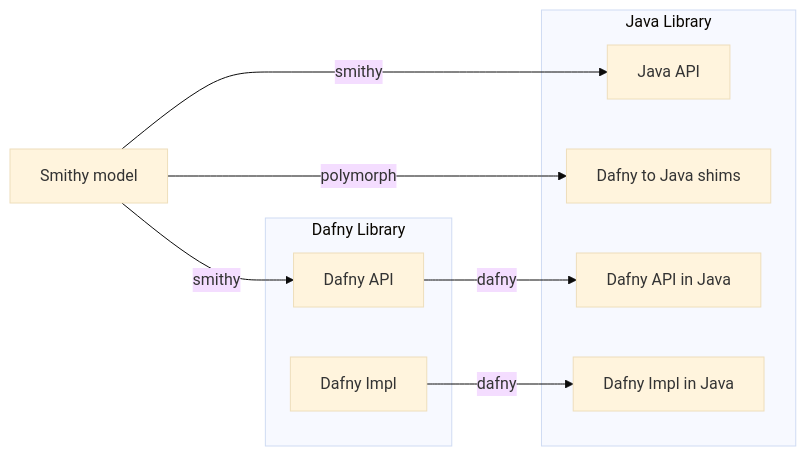
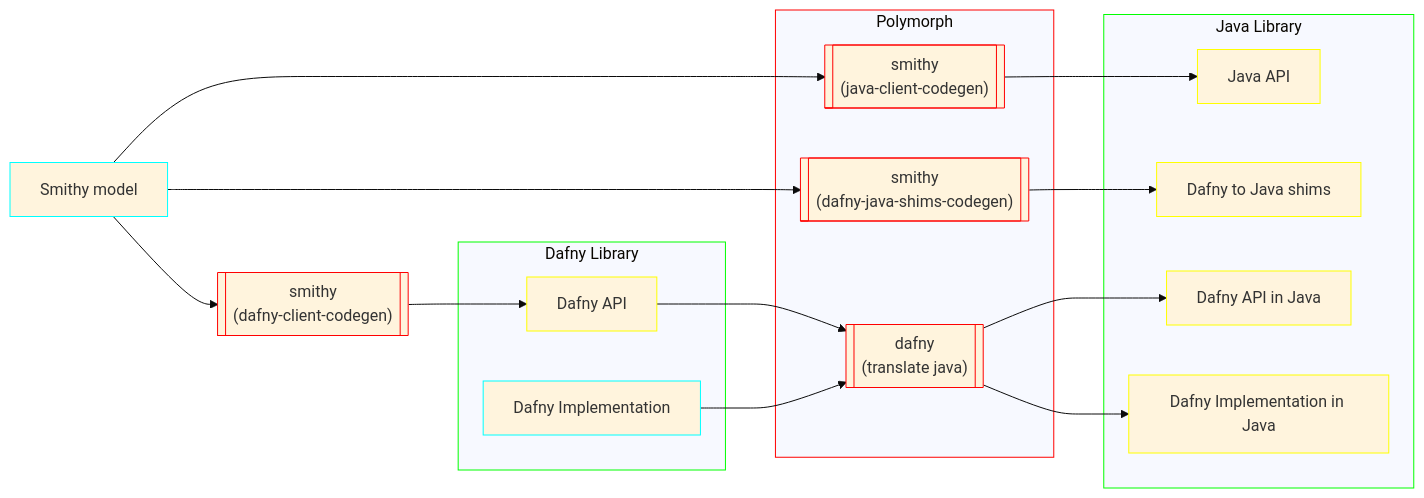
One commit to awslabs/smithy-dafny changed the diagram in designs/polymorphing-dafny-to-java.md. Above: the diagram before and after it, drawn with Mermaid (base theme). The commit also changed 1 other file, not shown here.

Commit message:
Complete initial diagrams

````diff
--- a/designs/polymorphing-dafny-to-java.md
+++ b/designs/polymorphing-dafny-to-java.md
@@ -1,23 +1,43 @@
 ```mermaid
 flowchart LR
-    Smithy["Smithy model"]
+    classDef Process stroke:#f00
+    classDef Library stroke:#0f0
+    classDef Authored stroke:#0ff
+    classDef Generated stroke:#ff0
 
-    subgraph DafnyProject["Dafny Library"]
-        DafnyAPI["Dafny API"]
-        DafnyImpl["Dafny Impl"]
+    Smithy["Smithy model"]:::Authored
+
+    subgraph SourceProject["Dafny Library"]
+        SourceAPI["Dafny API"]:::Generated
+        SourceImpl["Dafny Implementation"]:::Authored
     end
+    SourceProject:::Library
 
-    subgraph JavaProject["Java Library"]
-        JavaAPI["Java API"]
-        DafnyToJavaShims["Dafny to Java shims"]
-        DafnyAPIInJava["Dafny API in Java"]
-        DafnyImplInJava["Dafny Impl in Java"]
+    subgraph Polymorph
+        SmithyTargetClient[["smithy
+        (java-client-codegen)"]]:::Process
+        SmithyShims[["smithy
+        (dafny-java-shims-codegen)"]]:::Process
+
+        Compiler[["dafny
+        (translate java)"]]:::Process
     end
+    Polymorph:::Process
 
-    Smithy -- smithy ---> JavaAPI
-    Smithy -- smithy --> DafnyAPI
-    Smithy -- polymorph ---> DafnyToJavaShims
-    DafnyAPI -- dafny --> DafnyAPIInJava
-    DafnyImpl -- dafny --> DafnyImplInJava
+    SmithySourceClient[["smithy
+    (dafny-client-codegen)"]]:::Process
+
+    subgraph TargetProject["Java Library"]
+        TargetAPI["Java API"]:::Generated
+        SourceToTargetShims["Dafny to Java shims"]:::Generated
+        SourceAPIInTarget["Dafny API in Java"]:::Generated
+        SourceImplInTarget["Dafny Implementation in Java"]:::Generated
+    end
+    TargetProject:::Library
+
+    Smithy --> SmithyTargetClient --> TargetAPI
+    Smithy --> SmithySourceClient --> SourceAPI
+    Smithy --> SmithyShims --> SourceToTargetShims
+    SourceAPI & SourceImpl --> Compiler --> SourceAPIInTarget & SourceImplInTarget
 
 ```
````
